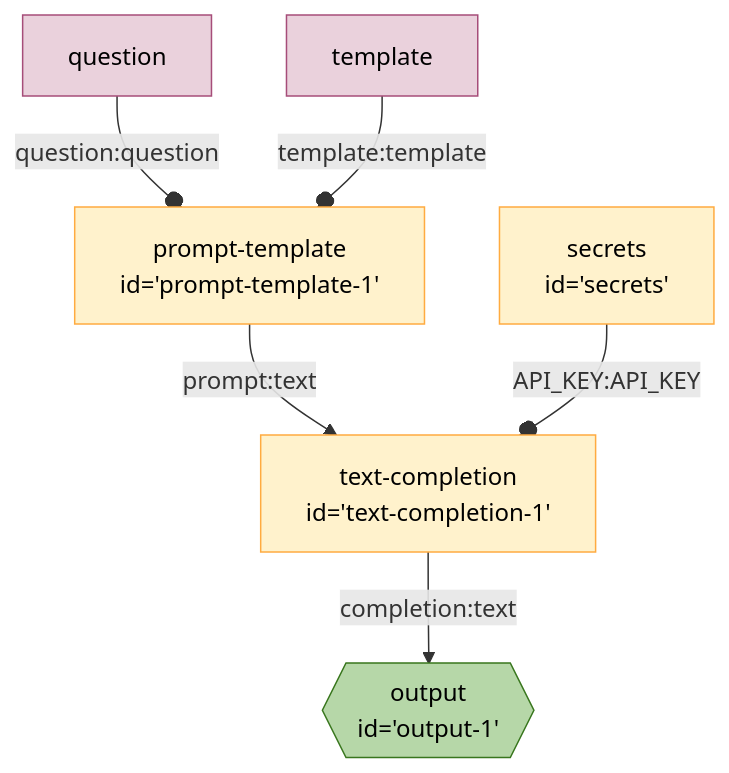
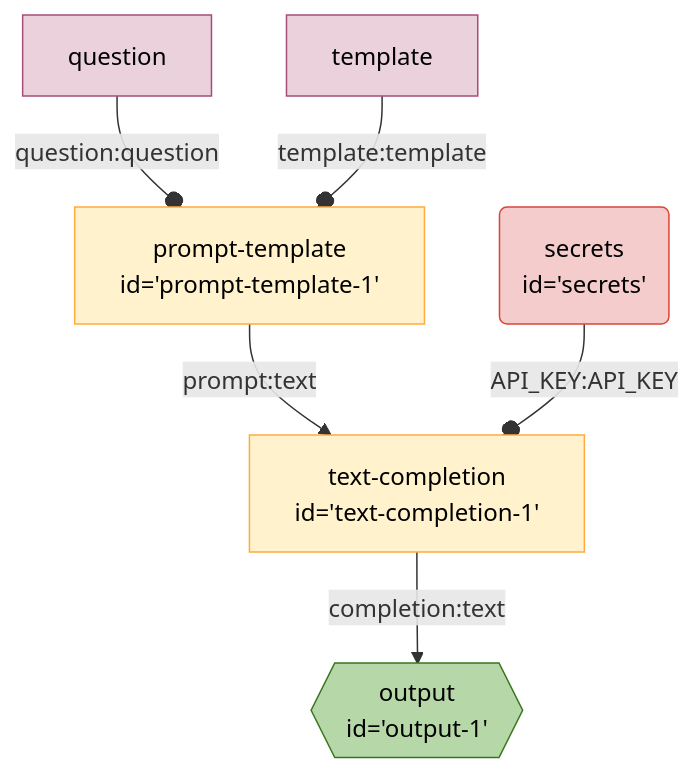
Before and after one commit to breadboard-ai/breadboard: the diagram in seeds/graph-playground/docs/graphs/auto-simple-prompt.md, drawn with Mermaid. The commit also changed 14 other files, not shown here.

Commit message:
[graphs] Make `secrets` more prominent on diagrams.

````diff
--- a/seeds/graph-playground/docs/graphs/auto-simple-prompt.md
+++ b/seeds/graph-playground/docs/graphs/auto-simple-prompt.md
@@ -4,22 +4,23 @@
 ```mermaid
 %%{init: 'themeVariables': { 'fontFamily': 'Fira Code, monospace' }}%%
 graph TD;
 prompttemplate1["prompt-template
 id='prompt-template-1'"] -- prompt:text --> textcompletion1["text-completion
 id='text-completion-1'"]
-secrets["secrets
-id='secrets'"] -- API_KEY:API_KEY --o textcompletion1["text-completion
+secrets("secrets
+id='secrets'"):::secrets -- API_KEY:API_KEY --o textcompletion1["text-completion
 id='text-completion-1'"]
 textcompletion1["text-completion
 id='text-completion-1'"] -- completion:text --> output1{{"output
 id='output-1'"}}:::output
 questionprompttemplate1[question]:::config -- question:question --o prompttemplate1
 templateprompttemplate1[template]:::config -- template:template --o prompttemplate1
 classDef default stroke:#ffab40,fill:#fff2ccff,color:#000
 classDef input stroke:#3c78d8,fill:#c9daf8ff,color:#000
 classDef output stroke:#38761d,fill:#b6d7a8ff,color:#000
 classDef passthrough stroke:#a64d79,fill:#ead1dcff,color:#000
 classDef slot stroke:#a64d79,fill:#ead1dcff,color:#000
 classDef config stroke:#a64d79,fill:#ead1dcff,color:#000
+classDef secrets stroke:#db4437,fill:#f4cccc,color:#000
 classDef slotted stroke:#a64d79
 ```
````
